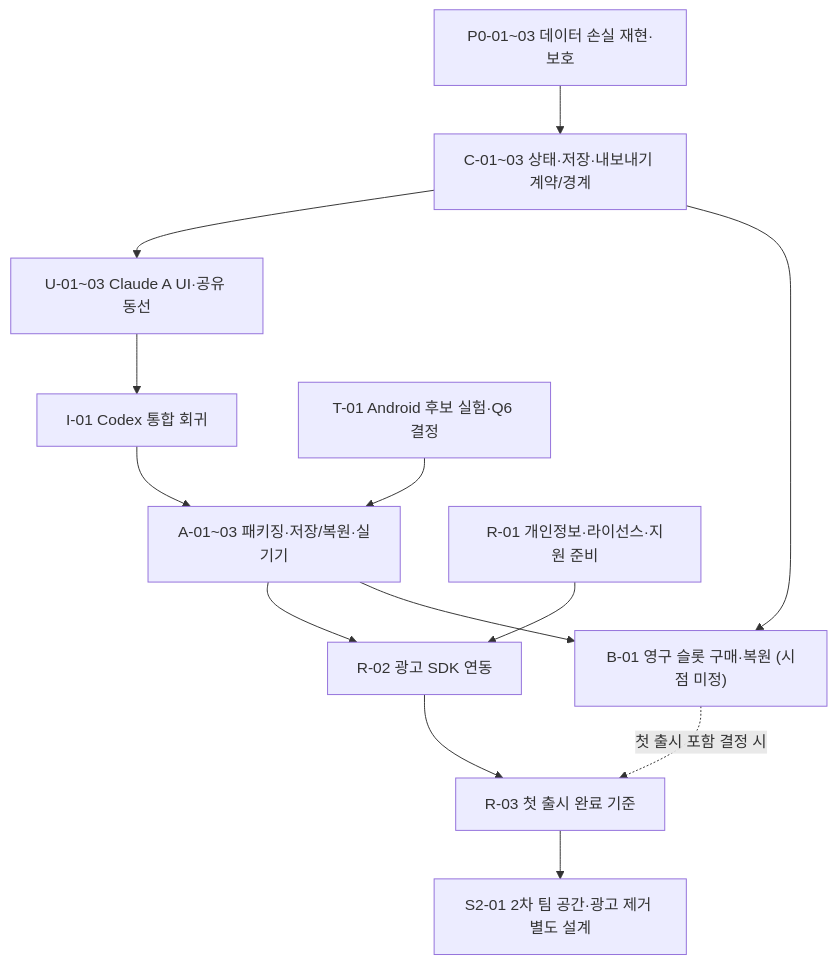
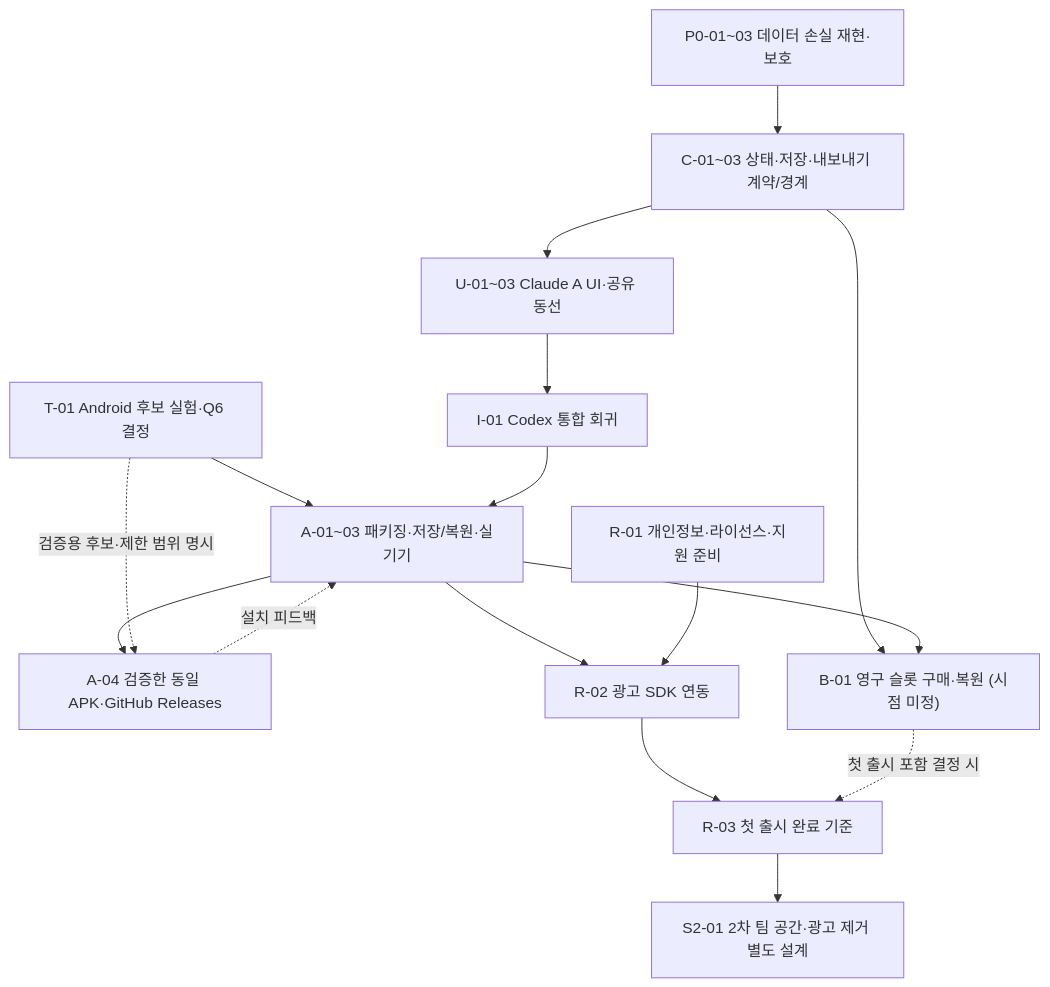
One commit to jaywapp/squad-maker changed the diagram in docs/squad-product-20261007-tasks.md. Above: the diagram before and after it, drawn with Mermaid. The commit also changed other lines of this file and 5 other files, not shown here.

Commit message:
docs: plan verified APK delivery through GitHub Releases

````diff
--- a/docs/squad-product-20261007-tasks.md
+++ b/docs/squad-product-20261007-tasks.md
@@ -26,15 +27,18 @@
 ```mermaid
 flowchart TD
   P0["P0-01~03 데이터 손실 재현·보호"] --> C["C-01~03 상태·저장·내보내기 계약/경계"]
   C --> U["U-01~03 Claude A UI·공유 동선"]
   U --> I["I-01 Codex 통합 회귀"]
   T["T-01 Android 후보 실험·Q6 결정"] --> A1["A-01~03 패키징·저장/복원·실기기"]
   I --> A1
+  A1 --> K["A-04 검증한 동일 APK·GitHub Releases"]
+  T -. "검증용 후보·제한 범위 명시" .-> K
+  K -. "설치 피드백" .-> A1
   A1 --> R2["R-02 광고 SDK 연동"]
   R1["R-01 개인정보·라이선스·지원 준비"] --> R2
   R2 --> R3["R-03 첫 출시 완료 기준"]
   C --> B["B-01 영구 슬롯 구매·복원 (시점 미정)"]
   A1 --> B
   B -. "첫 출시 포함 결정 시" .-> R3
   R3 --> S["S2-01 2차 팀 공간·광고 제거 별도 설계"]
 ```
````
